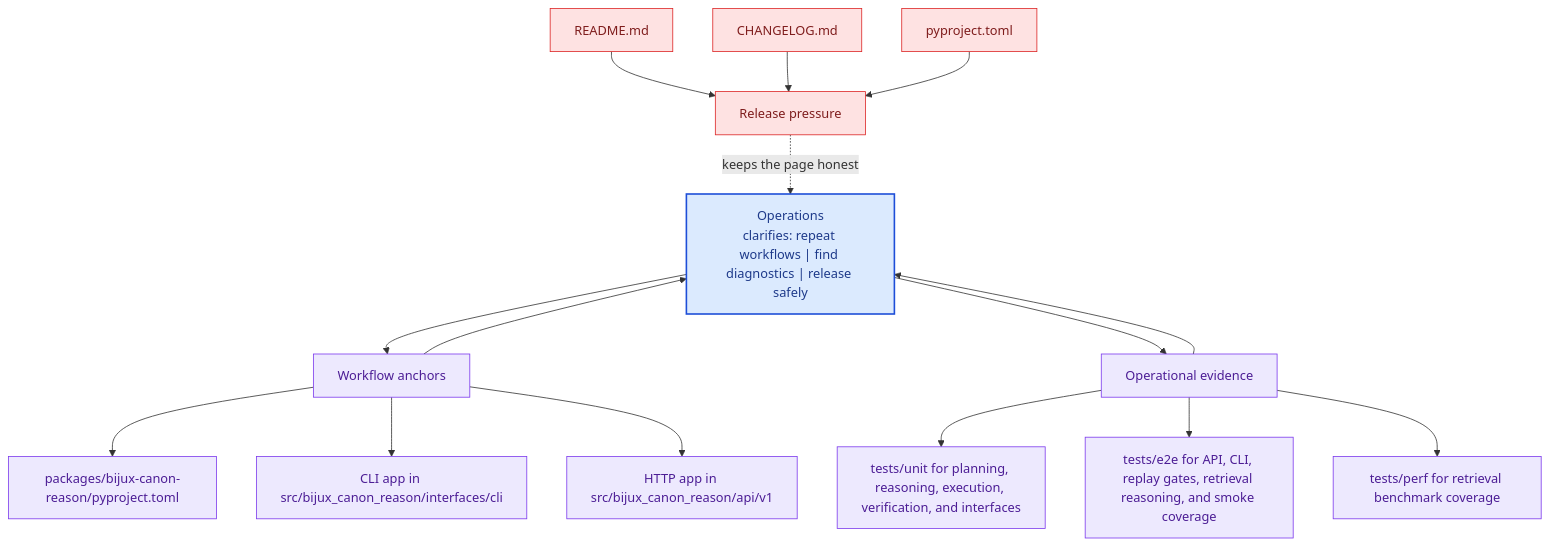
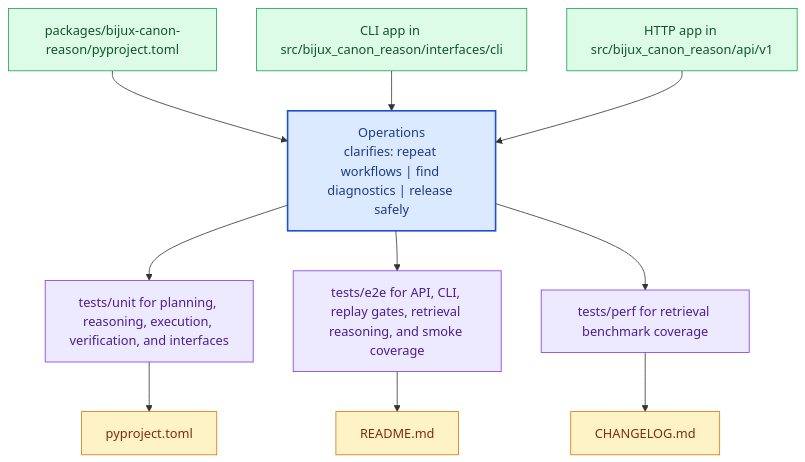
One commit to bijux/bijux-canon changed the diagram in docs/bijux-canon-reason/operations/index.md. Above: the diagram before and after it, drawn with Mermaid. The commit also changed other lines of this file and 281 other files, not shown here.

Commit message:
docs(diagrams): replace repeated mermaid scaffolds with page-specific summaries

````diff
--- a/docs/bijux-canon-reason/operations/index.md
+++ b/docs/bijux-canon-reason/operations/index.md
@@ -65,41 +20,31 @@
 ```mermaid
 flowchart TB
-    promise["Operations<br/>clarifies: repeat workflows | find diagnostics | release safely"]
-    classDef promise fill:#dbeafe,stroke:#1d4ed8,color:#1e3a8a,stroke-width:2px;
-    classDef driver fill:#dcfce7,stroke:#16a34a,color:#14532d;
-    classDef constraint fill:#fee2e2,stroke:#dc2626,color:#7f1d1d;
-    classDef ground fill:#ede9fe,stroke:#7c3aed,color:#4c1d95;
-    focus1["Workflow anchors"]
-    focus1 --> promise
-    promise --> focus1
-    focus1_1["packages/bijux-canon-reason/pyproject.toml"]
-    focus1 --> focus1_1
-    focus1_2["CLI app in src/bijux_canon_reason/interfaces/cli"]
-    focus1 --> focus1_2
-    focus1_3["HTTP app in src/bijux_canon_reason/api/v1"]
-    focus1 --> focus1_3
-    class focus1 ground;
-    class focus1_1,focus1_2,focus1_3 ground;
-    focus2["Operational evidence"]
-    focus2 --> promise
-    promise --> focus2
-    focus2_1["tests/unit for planning, reasoning, execution, verification, and interfaces"]
-    focus2 --> focus2_1
-    focus2_2["tests/e2e for API, CLI, replay gates, retrieval reasoning, and smoke coverage"]
-    focus2 --> focus2_2
-    focus2_3["tests/perf for retrieval benchmark coverage"]
-    focus2 --> focus2_3
-    class focus2 ground;
-    class focus2_1,focus2_2,focus2_3 ground;
-    focus3["Release pressure"]
-    focus3 -.keeps the page honest.-> promise
-    focus3_1["README.md"]
-    focus3_1 --> focus3
-    focus3_2["CHANGELOG.md"]
-    focus3_2 --> focus3
-    focus3_3["pyproject.toml"]
-    focus3_3 --> focus3
-    class focus3 constraint;
-    class focus3_1,focus3_2,focus3_3 constraint;
-    class promise promise;
+    page["Operations<br/>clarifies: repeat workflows | find diagnostics | release safely"]
+    classDef page fill:#dbeafe,stroke:#1d4ed8,color:#1e3a8a,stroke-width:2px;
+    classDef positive fill:#dcfce7,stroke:#16a34a,color:#14532d;
+    classDef caution fill:#fee2e2,stroke:#dc2626,color:#7f1d1d;
+    classDef anchor fill:#ede9fe,stroke:#7c3aed,color:#4c1d95;
+    classDef action fill:#fef3c7,stroke:#d97706,color:#7c2d12;
+    step1["packages/bijux-canon-reason/pyproject.toml"]
+    step1 --> page
+    step2["CLI app in src/bijux_canon_reason/interfaces/cli"]
+    step2 --> page
+    step3["HTTP app in src/bijux_canon_reason/api/v1"]
+    step3 --> page
+    run1["tests/unit for planning, reasoning, execution, verification, and interfaces"]
+    page --> run1
+    run2["tests/e2e for API, CLI, replay gates, retrieval reasoning, and smoke coverage"]
+    page --> run2
+    run3["tests/perf for retrieval benchmark coverage"]
+    page --> run3
+    release1["pyproject.toml"]
+    run1 --> release1
+    release2["README.md"]
+    run2 --> release2
+    release3["CHANGELOG.md"]
+    run3 --> release3
+    class page page;
+    class step1,step2,step3 positive;
+    class run1,run2,run3 anchor;
+    class release1,release2,release3 action;
 ```
````
